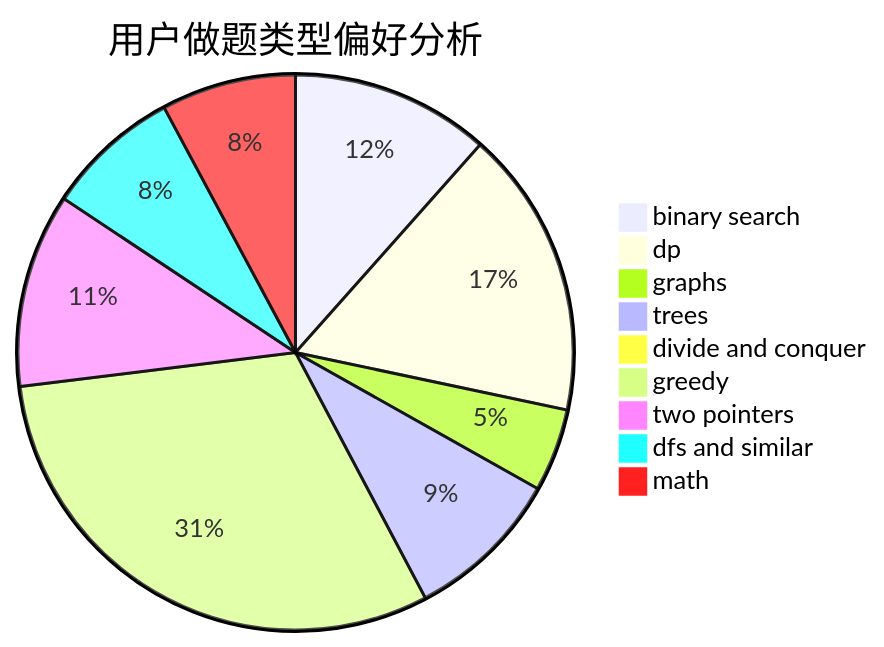
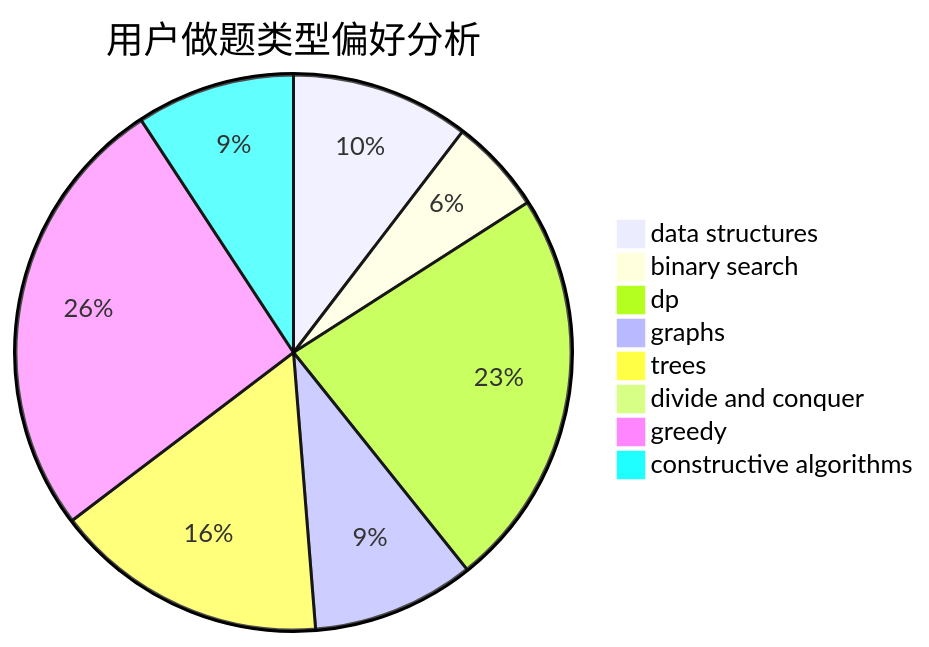
The second of 3 diagrams in docs/user/u684.md (sherpahu/cfrs.github.io), drawn with Mermaid before and after one commit. The commit also changed other lines of this file and 2775 other files, not shown here.

````diff
--- a/docs/user/u684.md
+++ b/docs/user/u684.md
@@ -23,12 +23,11 @@
 ```mermaid
 pie title 用户做题类型偏好分析
-    "binary search" :  127
-    "dp" :  184
-    "graphs" :  53
-    "trees" :  100
+    "data structures" :  45
+    "binary search" :  24
+    "dp" :  101
+    "graphs" :  41
+    "trees" :  69
     "divide and conquer" :  0
-    "greedy" :  338
-    "two pointers" :  124
-    "dfs and similar" :  86
-    "math" :  86
+    "greedy" :  113
+    "constructive algorithms" :  40
 ```
````
